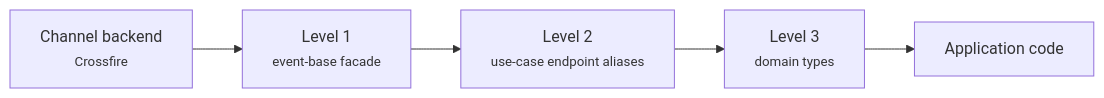
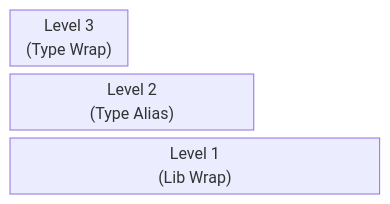
The first of 2 diagrams in pack/guide/domain/event/event-design.md (rust10x/rust10x), drawn with Mermaid before and after one commit.

Commit message:
. event-design update

````diff
--- a/pack/guide/domain/event/event-design.md
+++ b/pack/guide/domain/event/event-design.md
@@ -9,7 +9,8 @@
 ```mermaid
-flowchart LR
-    Backend["Channel backend<br /><small>Crossfire</small>"] --> L1["Level 1<br /><small>event-base facade</small>"]
-    L1 --> L2["Level 2<br /><small>use-case endpoint aliases</small>"]
-    L2 --> L3["Level 3<br /><small>domain types</small>"]
-    L3 --> App["Application code"]
+block-beta
+    columns 20
+
+    L3["Level 3<br/>(Type Wrap)"]:4 space:16
+    L2["Level 2<br/>(Type Alias)"]:8 space:12
+    L1["Level 1<br/>(Lib Wrap)"]:12 space:8
 ```
````
